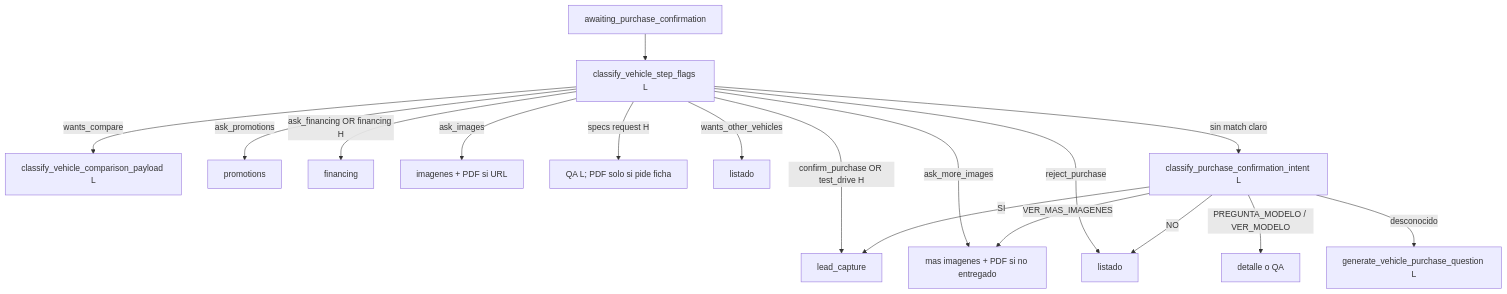
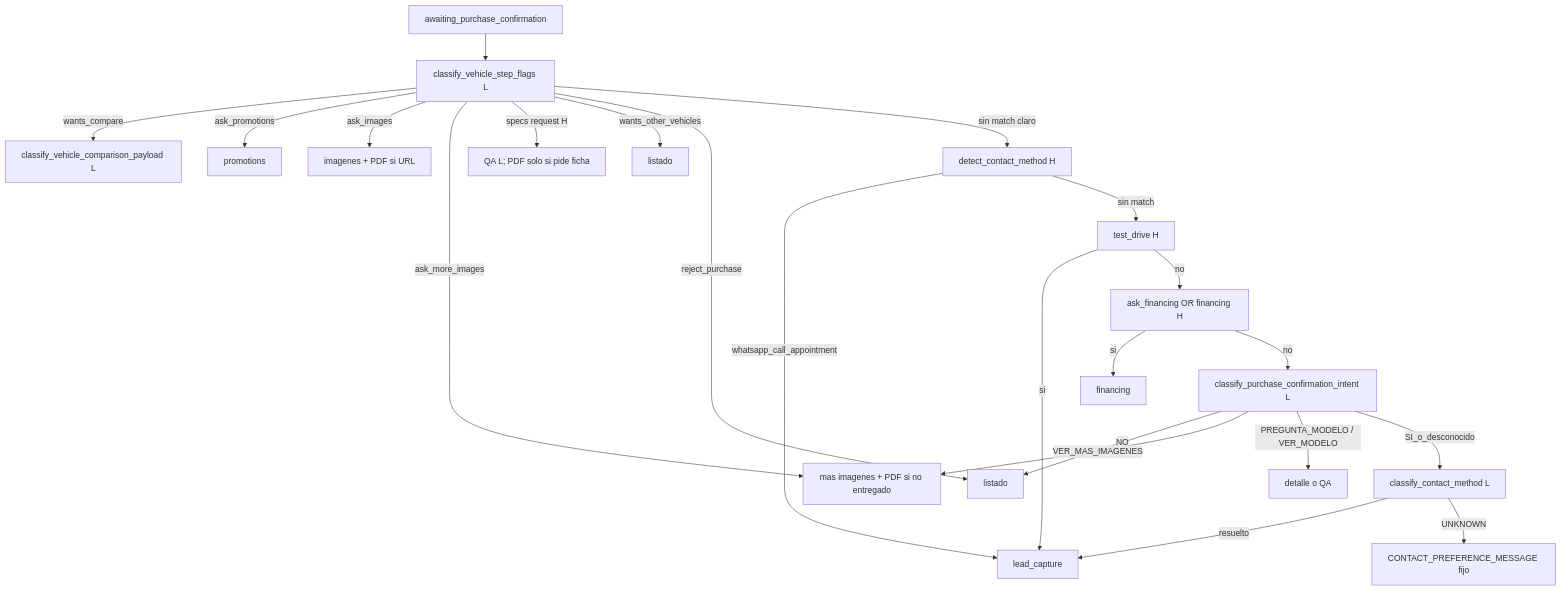
One commit to JoseManuelGdlO/car-advisor-bot changed the seventh of 11 diagrams in bot/docs/flujo-completo.md. Above: the diagram before and after it, drawn with Mermaid. The commit also changed other lines of this file and 21 other files, not shown here.

First line of the commit message:
feat: add contact method handling in bot conversation flow

````diff
--- a/bot/docs/flujo-completo.md
+++ b/bot/docs/flujo-completo.md
@@ -316,19 +316,24 @@
 ```mermaid
 flowchart TD
     confirm[awaiting_purchase_confirmation] --> flags["classify_vehicle_step_flags L"]
     flags -->|wants_compare| compareLLM["classify_vehicle_comparison_payload L"]
     flags -->|ask_promotions| promNode[promotions]
-    flags -->|confirm_purchase OR test_drive H| leadNode[lead_capture]
-    flags -->|ask_financing OR financing H| finNode[financing]
     flags -->|ask_images| firstImg["imagenes + PDF si URL"]
     flags -->|ask_more_images| moreImg["mas imagenes + PDF si no entregado"]
     flags -->|specs request H| inventoryQA["QA L; PDF solo si pide ficha"]
     flags -->|wants_other_vehicles| otherList[listado]
     flags -->|reject_purchase| availableList[listado]
-    flags -->|sin match claro| purchaseIntent["classify_purchase_confirmation_intent L"]
-    purchaseIntent -->|SI| leadNode
+    flags -->|sin match claro| contactH["detect_contact_method H"]
+    contactH -->|whatsapp_call_appointment| leadNode[lead_capture]
+    contactH -->|sin match| testDrive["test_drive H"]
+    testDrive -->|si| leadNode
+    testDrive -->|no| financingCheck["ask_financing OR financing H"]
+    financingCheck -->|si| finNode[financing]
+    financingCheck -->|no| purchaseIntent["classify_purchase_confirmation_intent L"]
     purchaseIntent -->|NO| availableList
     purchaseIntent -->|VER_MAS_IMAGENES| moreImg
     purchaseIntent -->|PREGUNTA_MODELO / VER_MODELO| detailFlow[detalle o QA]
-    purchaseIntent -->|desconocido| repregunta["generate_vehicle_purchase_question L"]
+    purchaseIntent -->|SI_o_desconocido| contactL["classify_contact_method L"]
+    contactL -->|resuelto| leadNode
+    contactL -->|UNKNOWN| repregunta["CONTACT_PREFERENCE_MESSAGE fijo"]
 ```
````
